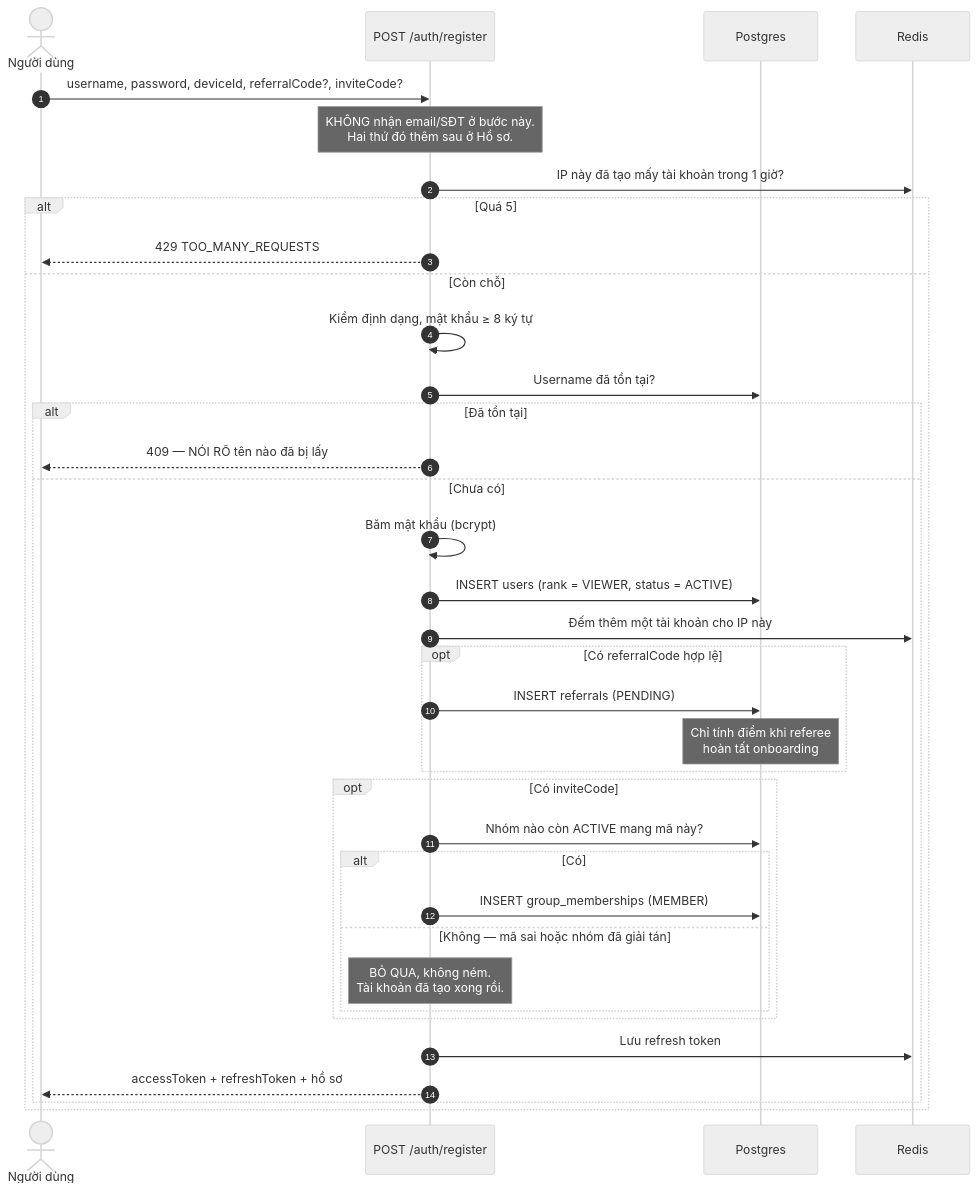
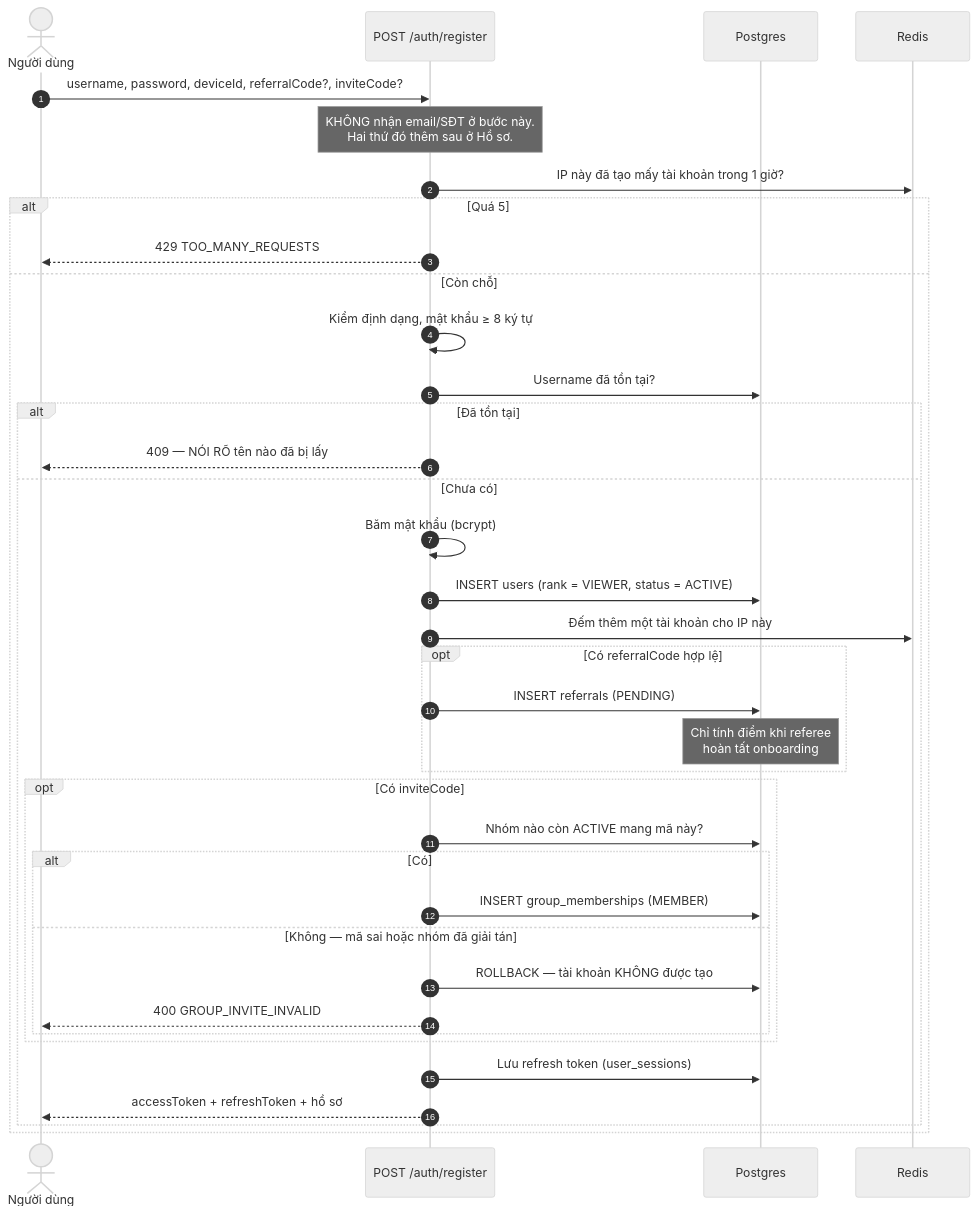
The first of 6 diagrams in docs/diagram/01-auth.md (fdshn/trueheart), drawn with Mermaid (neutral theme) before and after one commit. The commit also changed other lines of this file and 49 other files, not shown here.

````diff
--- a/docs/diagram/01-auth.md
+++ b/docs/diagram/01-auth.md
@@ -20,39 +20,40 @@
 ```mermaid
 sequenceDiagram
     autonumber
     actor U as Người dùng
     participant API as POST /auth/register
     participant DB as Postgres
     participant R as Redis
 
     U->>API: username, password, deviceId, referralCode?, inviteCode?
     Note over API: KHÔNG nhận email/SĐT ở bước này.<br/>Hai thứ đó thêm sau ở Hồ sơ.
     API->>R: IP này đã tạo mấy tài khoản trong 1 giờ?
     alt Quá 5
         API-->>U: 429 TOO_MANY_REQUESTS
     else Còn chỗ
         API->>API: Kiểm định dạng, mật khẩu ≥ 8 ký tự
         API->>DB: Username đã tồn tại?
         alt Đã tồn tại
             API-->>U: 409 — NÓI RÕ tên nào đã bị lấy
         else Chưa có
             API->>API: Băm mật khẩu (bcrypt)
             API->>DB: INSERT users (rank = VIEWER, status = ACTIVE)
             API->>R: Đếm thêm một tài khoản cho IP này
             opt Có referralCode hợp lệ
                 API->>DB: INSERT referrals (PENDING)
                 Note over DB: Chỉ tính điểm khi referee<br/>hoàn tất onboarding
             end
             opt Có inviteCode
                 API->>DB: Nhóm nào còn ACTIVE mang mã này?
                 alt Có
                     API->>DB: INSERT group_memberships (MEMBER)
                 else Không — mã sai hoặc nhóm đã giải tán
-                    Note over API: BỎ QUA, không ném.<br/>Tài khoản đã tạo xong rồi.
+                    API->>DB: ROLLBACK — tài khoản KHÔNG được tạo
+                    API-->>U: 400 GROUP_INVITE_INVALID
                 end
             end
-            API->>R: Lưu refresh token
+            API->>DB: Lưu refresh token (user_sessions)
             API-->>U: accessToken + refreshToken + hồ sơ
         end
     end
 ```
````
